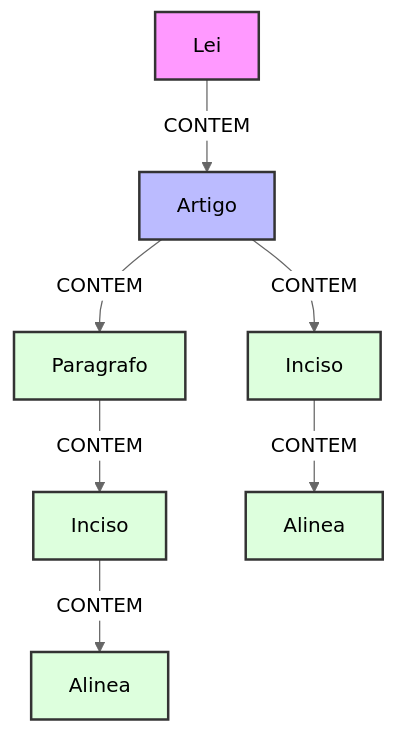
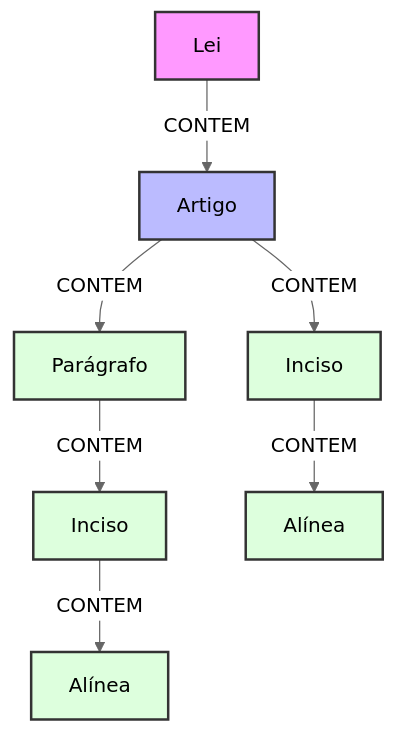
Before and after one commit to EduardoMG12/ThingIndex: the second of 2 diagrams in graph-populator/README.md, drawn with Mermaid (neutral theme). The commit also changed other lines of this file and 1 other file, not shown here.

````diff
--- a/graph-populator/README.md
+++ b/graph-populator/README.md
@@ -9,17 +94,17 @@
 ```mermaid
 graph TD
     L[Lei] -->|CONTEM| A[Artigo]
-    A -->|CONTEM| P[Paragrafo]
+    A -->|CONTEM| P[Parágrafo]
     A -->|CONTEM| I[Inciso]
     P -->|CONTEM| I2[Inciso]
-    I -->|CONTEM| Al[Alinea]
-    I2 -->|CONTEM| Al2[Alinea]
+    I -->|CONTEM| Al[Alínea]
+    I2 -->|CONTEM| Al2[Alínea]
 
     classDef law fill:#f9f,stroke:#333,stroke-width:2px;
     classDef art fill:#bbf,stroke:#333,stroke-width:2px;
     classDef sub fill:#dfd,stroke:#333,stroke-width:2px;
     
     class L law;
     class A art;
     class P,I,I2,Al,Al2 sub;
 ```
````
